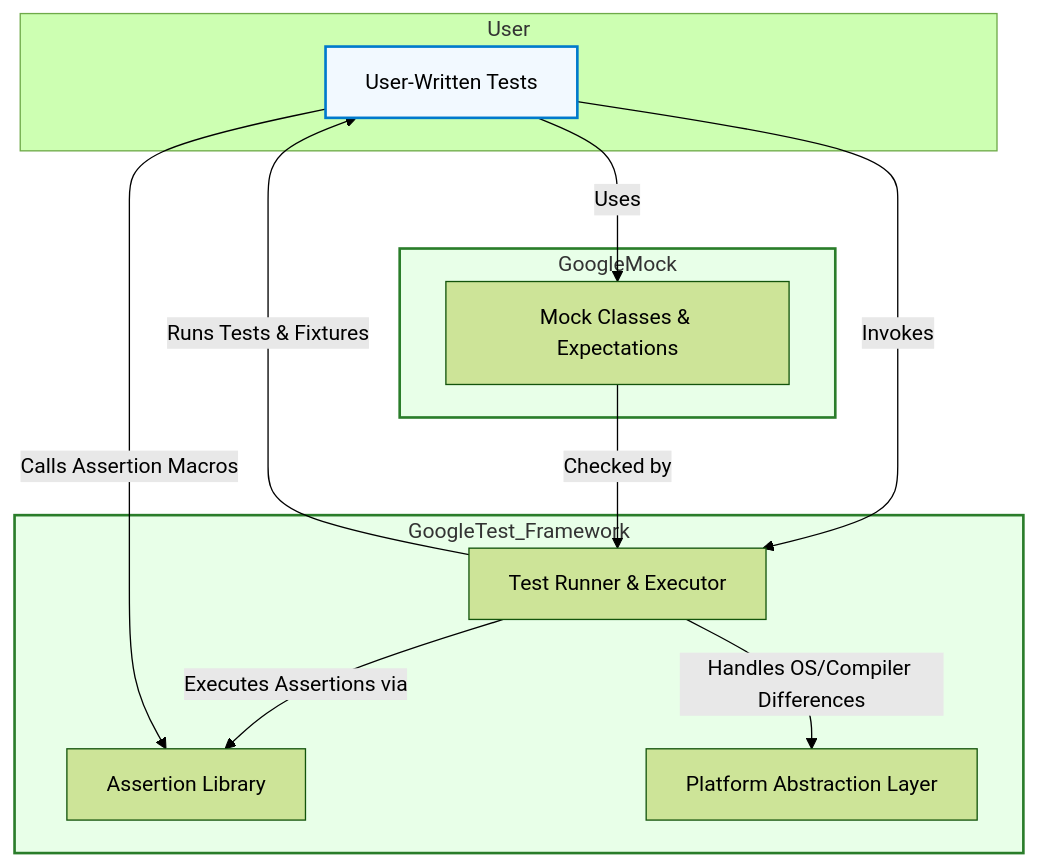
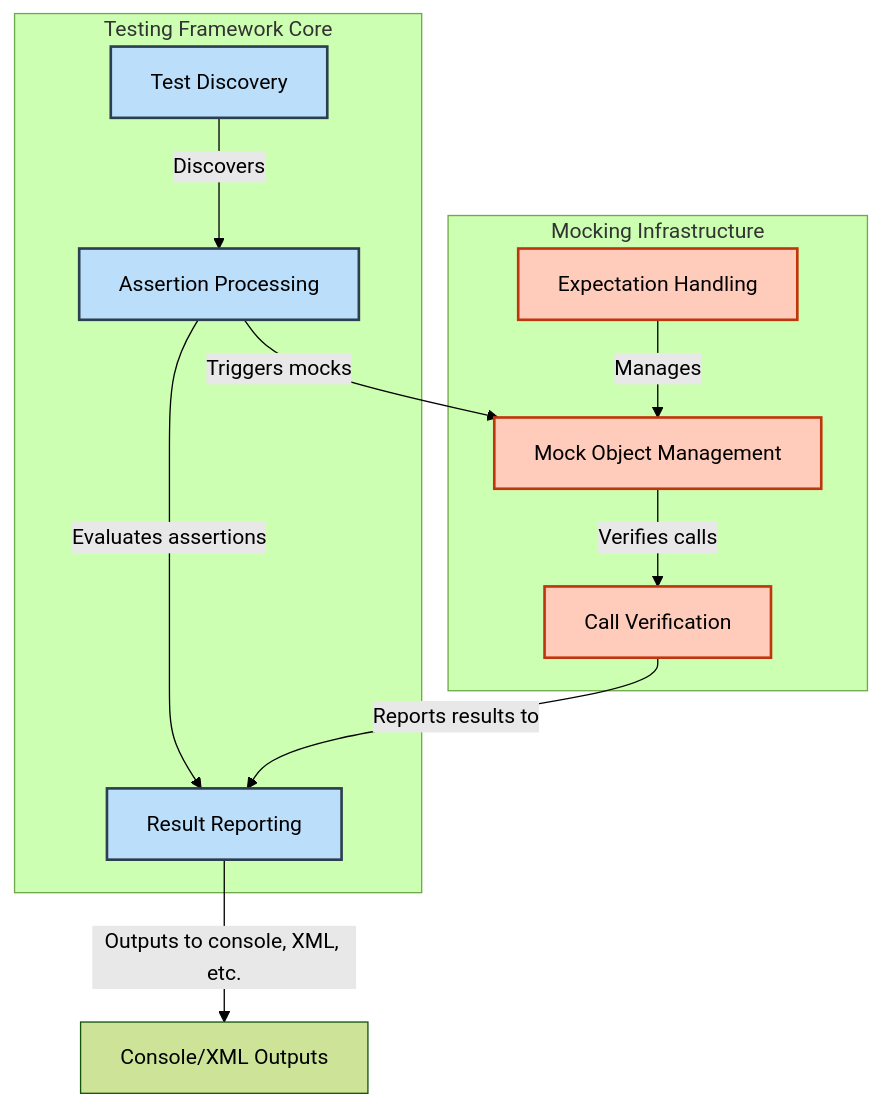
The diagram in overview/architecture-and-core-concepts/system-architecture.mdx (clidey/docucod-public-project-869ef7c3-7eff-4ad2-9765-2698303f14d7), drawn with Mermaid (forest theme) before and after one commit. The commit also changed other lines of this file and 56 other files, not shown here.

````diff
--- a/overview/architecture-and-core-concepts/system-architecture.mdx
+++ b/overview/architecture-and-core-concepts/system-architecture.mdx
@@ -46,34 +18,33 @@
 ```mermaid
 flowchart TD
 
-  subgraph User
-    UserTests["User-Written Tests"]
+  subgraph "Testing Framework Core"
+    TestDiscovery["Test Discovery"]
+    AssertionProcessor["Assertion Processing"]
+    ResultReporter["Result Reporting"]
   end
 
-  subgraph GoogleTest_Framework
-    TestRunner["Test Runner & Executor"]
-    AssertionLib["Assertion Library"]
-    PlatformLayer["Platform Abstraction Layer"]
+  subgraph "Mocking Infrastructure"
+    MockObjectManager["Mock Object Management"]
+    ExpectationHandler["Expectation Handling"]
+    CallVerifier["Call Verification"]
   end
 
-  subgraph GoogleMock
-    MockClasses["Mock Classes & Expectations"]
-  end
+  TestDiscovery -->|Discovers| AssertionProcessor
+  AssertionProcessor -->|Evaluates assertions| ResultReporter
 
-  %% Relationships
-  UserTests -->|Invokes| TestRunner
-  TestRunner -->|Runs Tests & Fixtures| UserTests
-  UserTests -->|Uses| MockClasses
-  TestRunner -->|Executes Assertions via| AssertionLib
-  UserTests -->|Calls Assertion Macros| AssertionLib
-  MockClasses -->|Checked by| TestRunner
-  TestRunner -->|Handles OS/Compiler Differences| PlatformLayer
+  AssertionProcessor -->|Triggers mocks| MockObjectManager
+  MockObjectManager -->|Verifies calls| CallVerifier
+  ExpectationHandler -->|Manages| MockObjectManager
+  CallVerifier -->|Reports results to| ResultReporter
 
-  %% Styling
-  classDef userStyle fill:#f2f9ff,stroke:#007acc,stroke-width:2px
-  class UserTests userStyle
-  classDef gtestStyle fill:#e8ffe8,stroke:#2a7d2a,stroke-width:2px
-  class GoogleTest_Framework gtestStyle
-  class GoogleMock gtestStyle
+  ResultReporter -->|Outputs to console, XML, etc.| ExternalOutputs["Console/XML Outputs"]
+
+  %% Explanation Notes
+  classDef core fill:#bbdefb,stroke:#2c3e50,stroke-width:2px
+  class TestDiscovery,AssertionProcessor,ResultReporter core
+
+  classDef mocks fill:#ffccbc,stroke:#bf360c,stroke-width:2px
+  class MockObjectManager,ExpectationHandler,CallVerifier mocks
 
 ```
````
